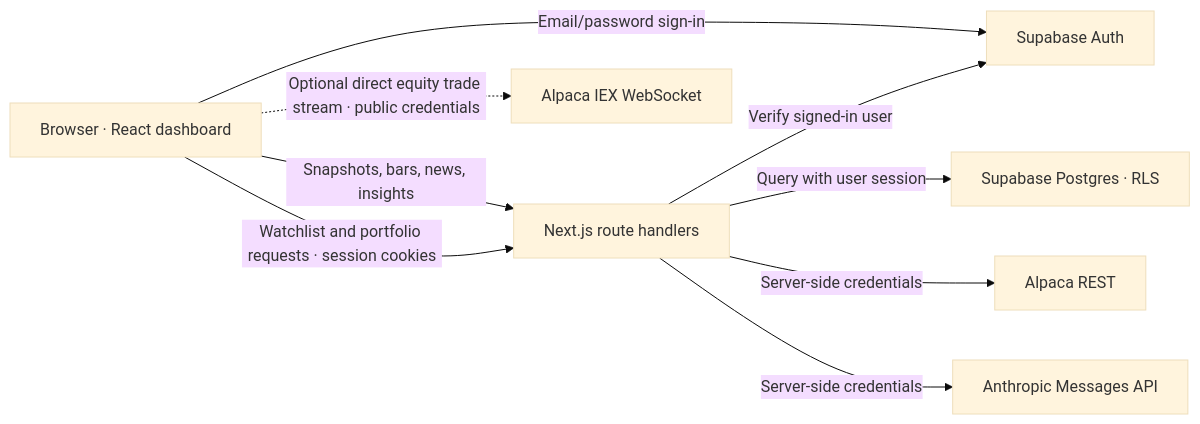
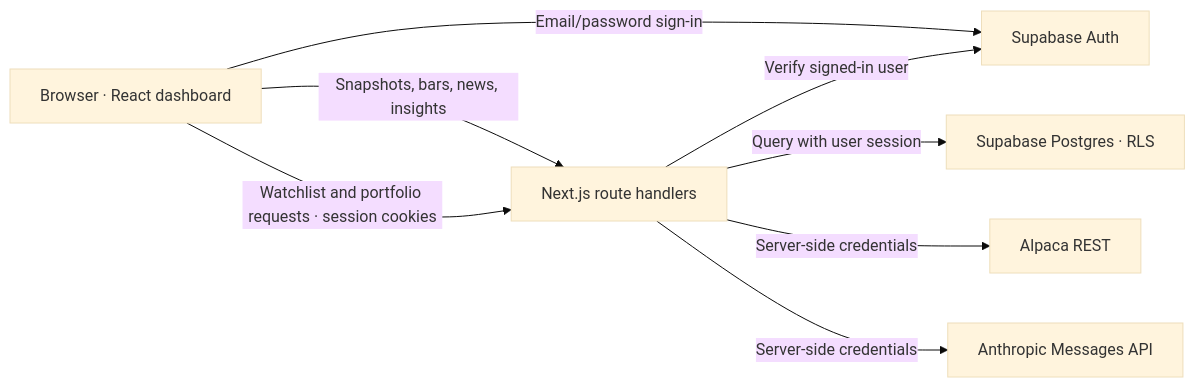
One commit to alexmekhail/Market-Terminal changed the diagram in README.md. Above: the diagram before and after it, drawn with Mermaid (base theme). The commit also changed other lines of this file and 23 other files, not shown here.

Commit message:
Remove browser Alpaca credentials and verify security boundaries

````diff
--- a/README.md
+++ b/README.md
@@ -30,19 +30,17 @@
 ```mermaid
 flowchart LR
     UI["Browser · React dashboard"]
     API["Next.js route handlers"]
     Auth["Supabase Auth"]
     DB["Supabase Postgres · RLS"]
     REST["Alpaca REST"]
-    WS["Alpaca IEX WebSocket"]
     AI["Anthropic Messages API"]
 
     UI -->|"Snapshots, bars, news, insights"| API
     UI -->|"Watchlist and portfolio requests · session cookies"| API
     UI -->|"Email/password sign-in"| Auth
     API -->|"Verify signed-in user"| Auth
     API -->|"Query with user session"| DB
     API -->|"Server-side credentials"| REST
     API -->|"Server-side credentials"| AI
-    UI -.->|"Optional direct equity trade stream · public credentials"| WS
 ```
````
